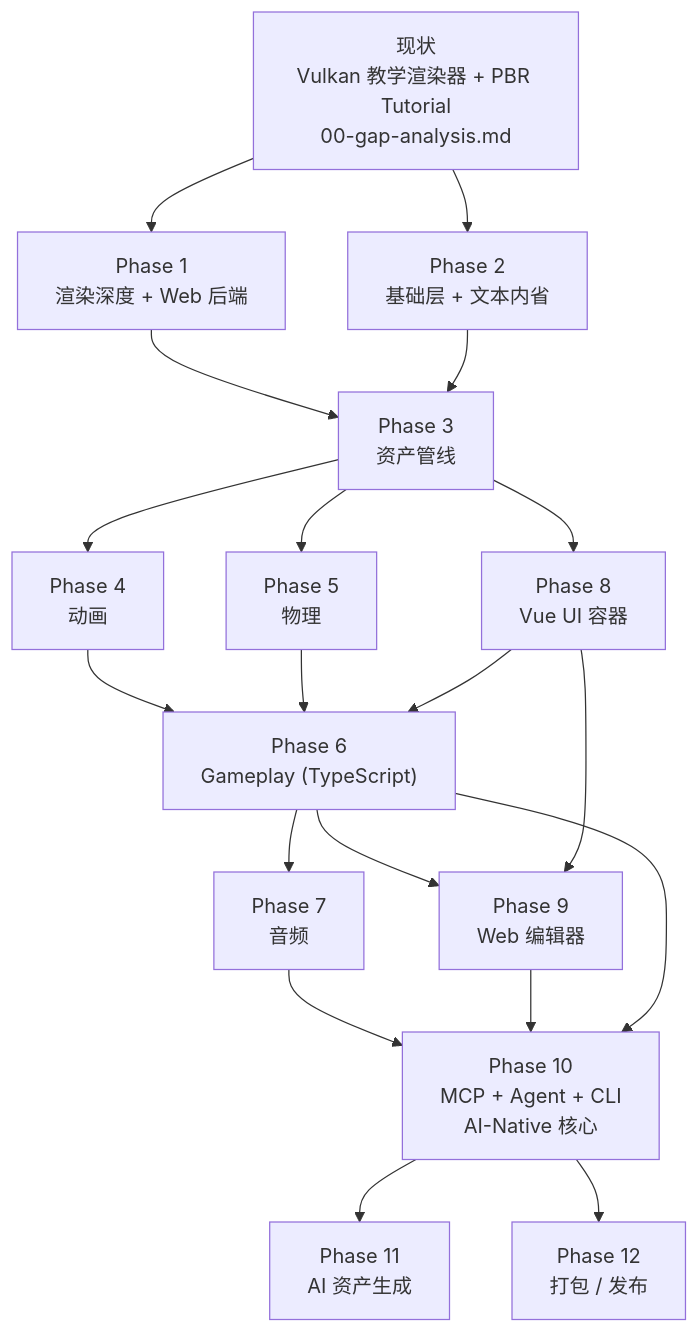
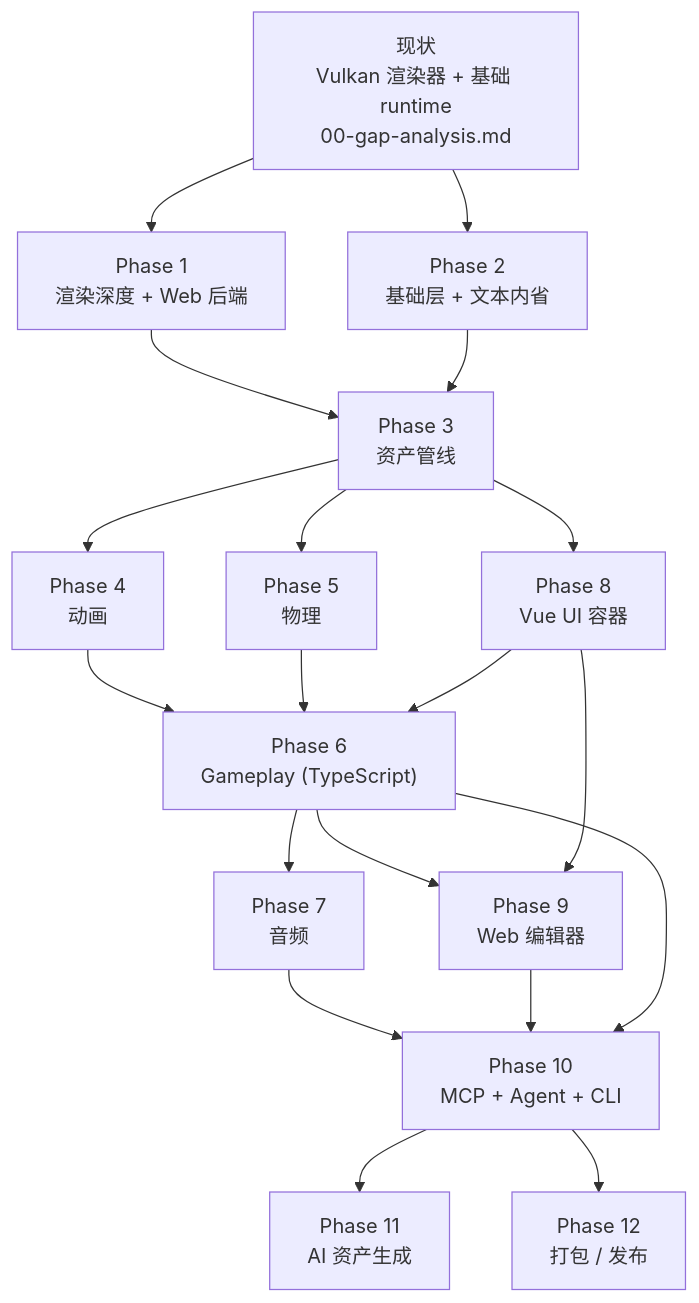
One commit to crackhopper/LXEngine changed the diagram in notes/roadmaps/main-roadmap/README.md. Above: the diagram before and after it, drawn with Mermaid. The commit also changed other lines of this file and 89 other files, not shown here.

````diff
--- a/notes/roadmaps/main-roadmap/README.md
+++ b/notes/roadmaps/main-roadmap/README.md
@@ -65,35 +54,35 @@
 ```mermaid
 flowchart TD
-    current["现状<br/>Vulkan 教学渲染器 + PBR Tutorial<br/>00-gap-analysis.md"]
+    current["现状<br/>Vulkan 渲染器 + 基础 runtime<br/>00-gap-analysis.md"]
     p1["Phase 1<br/>渲染深度 + Web 后端"]
     p2["Phase 2<br/>基础层 + 文本内省"]
     p3["Phase 3<br/>资产管线"]
     p4["Phase 4<br/>动画"]
     p5["Phase 5<br/>物理"]
-    p8["Phase 8<br/>Vue UI 容器"]
     p6["Phase 6<br/>Gameplay (TypeScript)"]
     p7["Phase 7<br/>音频"]
+    p8["Phase 8<br/>Vue UI 容器"]
     p9["Phase 9<br/>Web 编辑器"]
-    p10["Phase 10<br/>MCP + Agent + CLI<br/>AI-Native 核心"]
+    p10["Phase 10<br/>MCP + Agent + CLI"]
     p11["Phase 11<br/>AI 资产生成"]
     p12["Phase 12<br/>打包 / 发布"]
 
     current --> p1
     current --> p2
     p1 --> p3
     p2 --> p3
     p3 --> p4
     p3 --> p5
     p3 --> p8
     p4 --> p6
     p5 --> p6
     p8 --> p6
     p6 --> p7
     p6 --> p9
     p8 --> p9
     p7 --> p10
     p9 --> p10
     p6 --> p10
     p10 --> p11
     p10 --> p12
 ```
````
